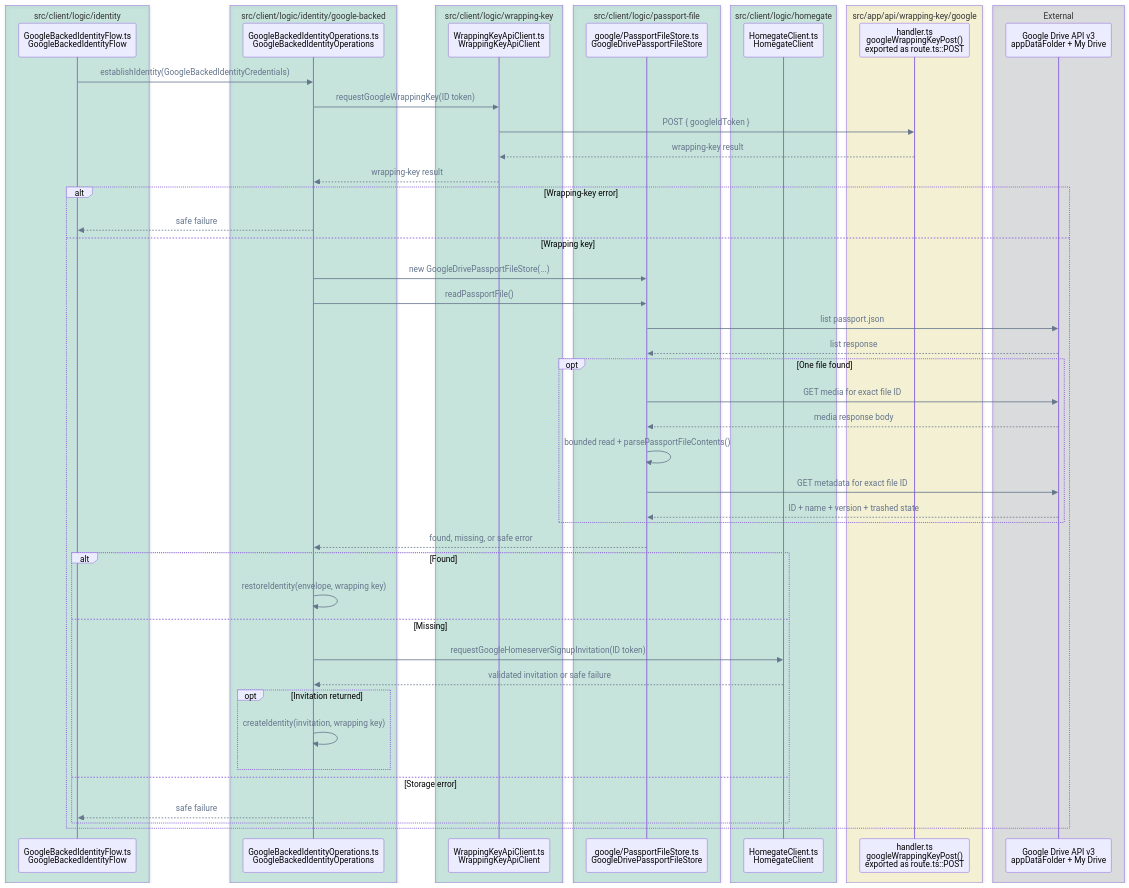
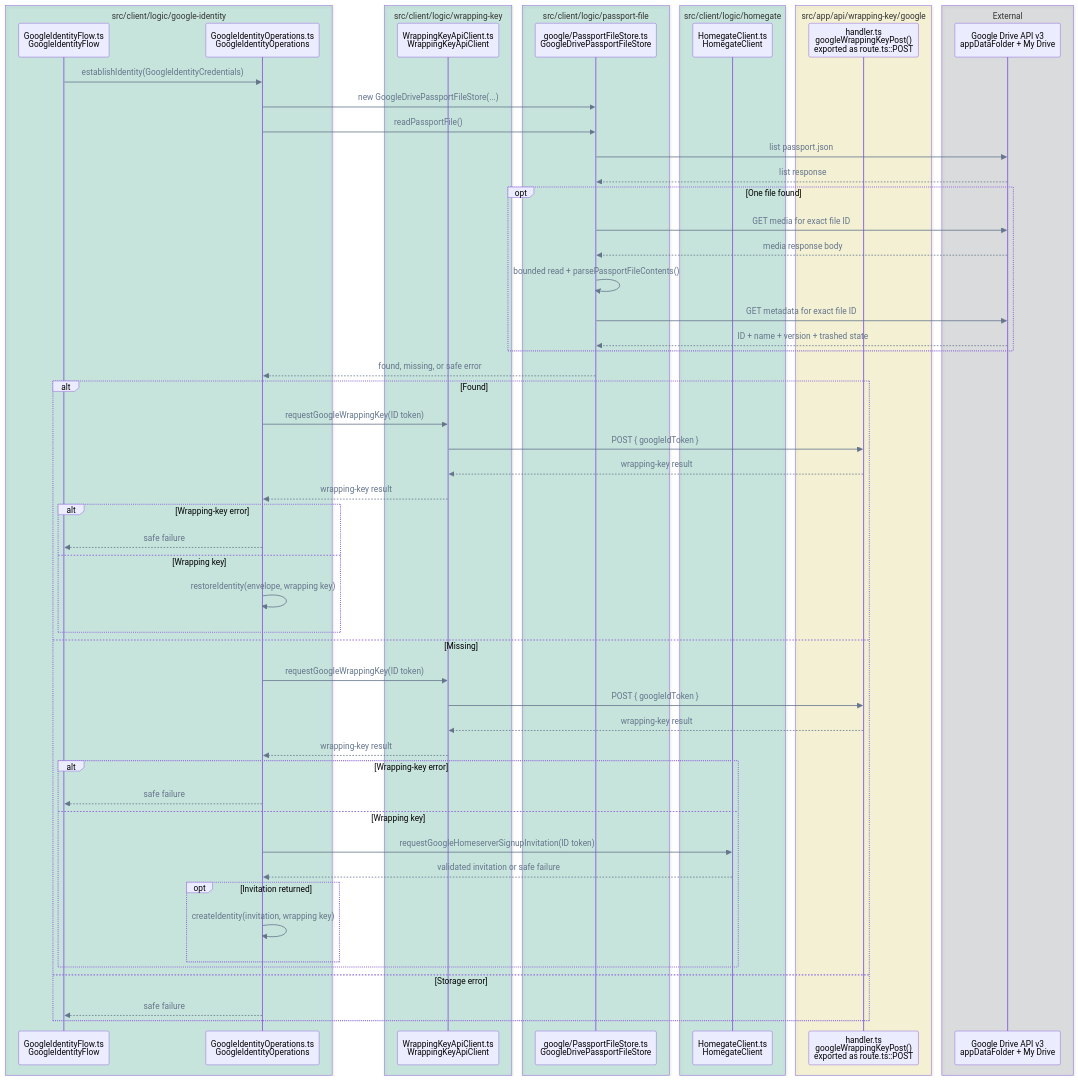
The eighth of 14 diagrams in FLOWS.md (pubky/pubky-passport), drawn with Mermaid before and after one commit. The commit also changed other lines of this file and 65 other files, not shown here.

````diff
--- a/FLOWS.md
+++ b/FLOWS.md
@@ -335,60 +322,66 @@
 ```mermaid
 %%{init: {"themeVariables": {"signalColor": "#64748B", "signalTextColor": "#64748B"}}}%%
 sequenceDiagram
     accTitle: Google-backed custody/recovery establishment call flow
-    accDescr: GoogleBackedIdentityOperations requests a wrapping key, reads the Google Drive Passport file, and dispatches a found file to restore or requests a Homegate invitation before creating a missing identity, without passing the wrapping key to Drive storage.
-    box rgba(0, 158, 115, 0.18) src/client/logic/identity
-        participant GoogleFlow as GoogleBackedIdentityFlow.ts<br/>GoogleBackedIdentityFlow
-    end
-    box rgba(0, 158, 115, 0.18) src/client/logic/identity/google-backed
-        participant Operations as GoogleBackedIdentityOperations.ts<br/>GoogleBackedIdentityOperations
+    accDescr: GoogleIdentityOperations reads the Google Drive Passport file first, then requests a wrapping key and either restores the found identity or requests a Homegate invitation before creating a missing identity, without passing the wrapping key to Drive storage.
+    box rgba(0, 158, 115, 0.18) src/client/logic/google-identity
+        participant GoogleFlow as GoogleIdentityFlow.ts<br/>GoogleIdentityFlow
+        participant Operations as GoogleIdentityOperations.ts<br/>GoogleIdentityOperations
     end
     box rgba(0, 158, 115, 0.18) src/client/logic/wrapping-key
         participant Wrapping as WrappingKeyApiClient.ts<br/>WrappingKeyApiClient
     end
     box rgba(0, 158, 115, 0.18) src/client/logic/passport-file
         participant DriveStore as google/PassportFileStore.ts<br/>GoogleDrivePassportFileStore
     end
     box rgba(0, 158, 115, 0.18) src/client/logic/homegate
         participant Invite as HomegateClient.ts<br/>HomegateClient
     end
     box rgba(240, 228, 66, 0.18) src/app/api/wrapping-key/google
         participant API as handler.ts<br/>googleWrappingKeyPost()<br/>exported as route.ts::POST
     end
     box rgba(17, 24, 39, 0.12) External
         participant Drive as Google Drive API v3<br/>appDataFolder + My Drive
     end
 
-    GoogleFlow->>Operations: establishIdentity(GoogleBackedIdentityCredentials)
-    Operations->>Wrapping: requestGoogleWrappingKey(ID token)
-    Wrapping->>API: POST { googleIdToken }
-    API-->>Wrapping: wrapping-key result
-    Wrapping-->>Operations: wrapping-key result
-    alt Wrapping-key error
-        Operations-->>GoogleFlow: safe failure
-    else Wrapping key
-        Operations->>DriveStore: new GoogleDrivePassportFileStore(...)
-        Operations->>DriveStore: readPassportFile()
-        DriveStore->>Drive: list passport.json
-        Drive-->>DriveStore: list response
-        opt One file found
-            DriveStore->>Drive: GET media for exact file ID
-            Drive-->>DriveStore: media response body
-            DriveStore->>DriveStore: bounded read + parsePassportFileContents()
-            DriveStore->>Drive: GET metadata for exact file ID
-            Drive-->>DriveStore: ID + name + version + trashed state
+    GoogleFlow->>Operations: establishIdentity(GoogleIdentityCredentials)
+    Operations->>DriveStore: new GoogleDrivePassportFileStore(...)
+    Operations->>DriveStore: readPassportFile()
+    DriveStore->>Drive: list passport.json
+    Drive-->>DriveStore: list response
+    opt One file found
+        DriveStore->>Drive: GET media for exact file ID
+        Drive-->>DriveStore: media response body
+        DriveStore->>DriveStore: bounded read + parsePassportFileContents()
+        DriveStore->>Drive: GET metadata for exact file ID
+        Drive-->>DriveStore: ID + name + version + trashed state
+    end
+    DriveStore-->>Operations: found, missing, or safe error
+    alt Found
+        Operations->>Wrapping: requestGoogleWrappingKey(ID token)
+        Wrapping->>API: POST { googleIdToken }
+        API-->>Wrapping: wrapping-key result
+        Wrapping-->>Operations: wrapping-key result
+        alt Wrapping-key error
+            Operations-->>GoogleFlow: safe failure
+        else Wrapping key
+            Operations->>Operations: restoreIdentity(envelope, wrapping key)
         end
-        DriveStore-->>Operations: found, missing, or safe error
-        alt Found
-            Operations->>Operations: restoreIdentity(envelope, wrapping key)
-        else Missing
+    else Missing
+        Operations->>Wrapping: requestGoogleWrappingKey(ID token)
+        Wrapping->>API: POST { googleIdToken }
+        API-->>Wrapping: wrapping-key result
+        Wrapping-->>Operations: wrapping-key result
+        alt Wrapping-key error
+            Operations-->>GoogleFlow: safe failure
+        else Wrapping key
             Operations->>Invite: requestGoogleHomeserverSignupInvitation(ID token)
             Invite-->>Operations: validated invitation or safe failure
             opt Invitation returned
                 Operations->>Operations: createIdentity(invitation, wrapping key)
             end
-        else Storage error
-            Operations-->>GoogleFlow: safe failure
         end
+    else Storage error
+        Operations-->>GoogleFlow: safe failure
     end
 ```
````
